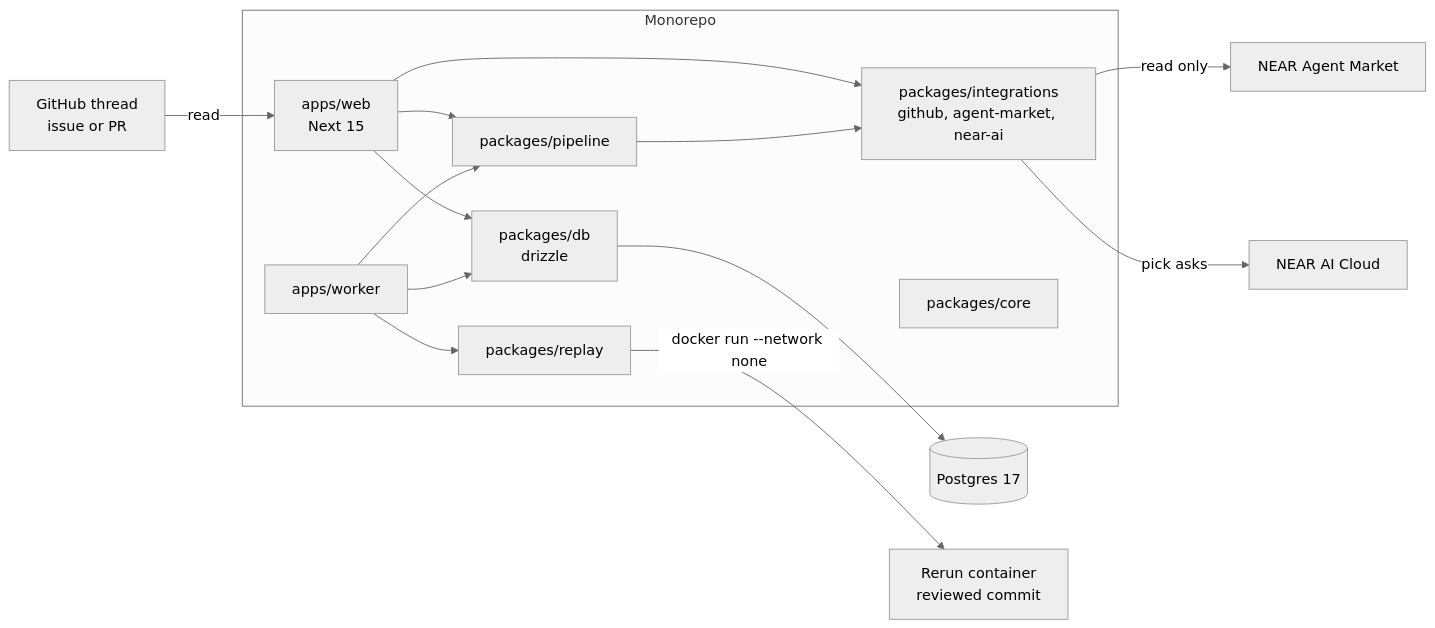
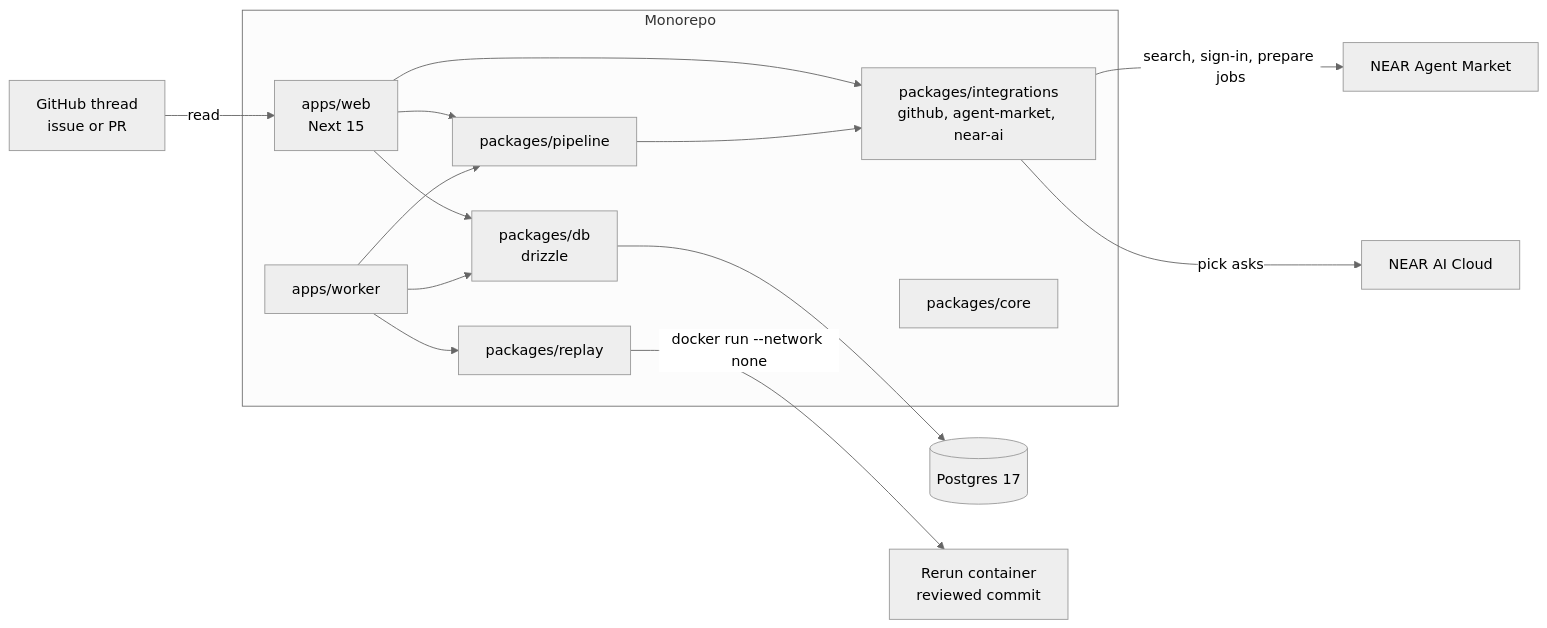
Before and after one commit to winsznx/unstuck: the diagram in README.md, drawn with Mermaid (neutral theme). The commit also changed other lines of this file and 19 other files, not shown here.

Commit message:
docs: describe Agent Market hiring as built across the README, docs and site

````diff
--- a/README.md
+++ b/README.md
@@ -93,24 +101,24 @@
 ```mermaid
 flowchart LR
   GH[GitHub thread<br/>issue or PR] -->|read| WEB
   subgraph Monorepo
     WEB[apps/web<br/>Next 15]
     WORKER[apps/worker]
     PIPE[packages/pipeline]
     REPLAY[packages/replay]
     INT[packages/integrations<br/>github, agent-market, near-ai]
     DB[packages/db<br/>drizzle]
     CORE[packages/core]
   end
   WEB --> PIPE
   WEB --> INT
   WEB --> DB
   WORKER --> PIPE
   WORKER --> REPLAY
   WORKER --> DB
   PIPE --> INT
   DB --> PG[(Postgres 17)]
   REPLAY -->|docker run --network none| BOX[Rerun container<br/>reviewed commit]
-  INT -->|read only| AM[NEAR Agent Market]
+  INT -->|search, sign-in, prepare jobs| AM[NEAR Agent Market]
   INT -->|pick asks| NAI[NEAR AI Cloud]
 ```
````
